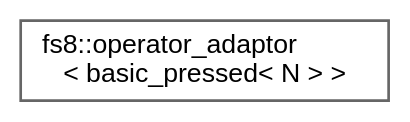
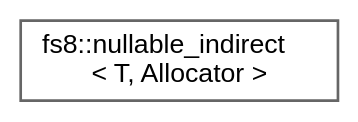
Before and after one commit to the-moisrex/foresight: the diagram in api/inherit_graph_95.dot, drawn with Graphviz. The commit also changed 305 other files, not shown here.

```diff
--- a/api/inherit_graph_95.dot
+++ b/api/inherit_graph_95.dot
@@ -1,9 +1,9 @@
 digraph "Graphical Class Hierarchy"
 {
  // LATEX_PDF_SIZE
   bgcolor="transparent";
   edge [fontname=Helvetica,fontsize=10,labelfontname=Helvetica,labelfontsize=10];
   node [fontname=Helvetica,fontsize=10,shape=box,height=0.2,width=0.4];
   rankdir="LR";
-  Node0 [id="Node000000",label="fs8::operator_adaptor\l\< basic_pressed\< N \> \>",height=0.2,width=0.4,color="grey40", fillcolor="white", style="filled",URL="$structfs8_1_1operator__adaptor.html",tooltip=" "];
+  Node0 [id="Node000000",label="fs8::nullable_indirect\l\< T, Allocator \>",height=0.2,width=0.4,color="grey40", fillcolor="white", style="filled",URL="$structfs8_1_1nullable__indirect.html",tooltip=" "];
 }
```
